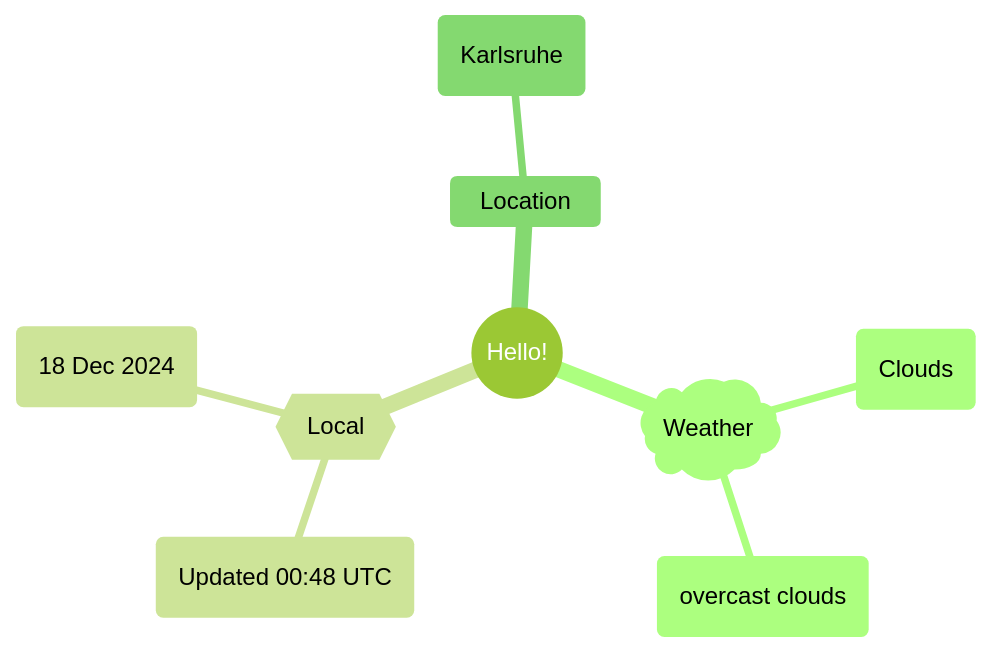
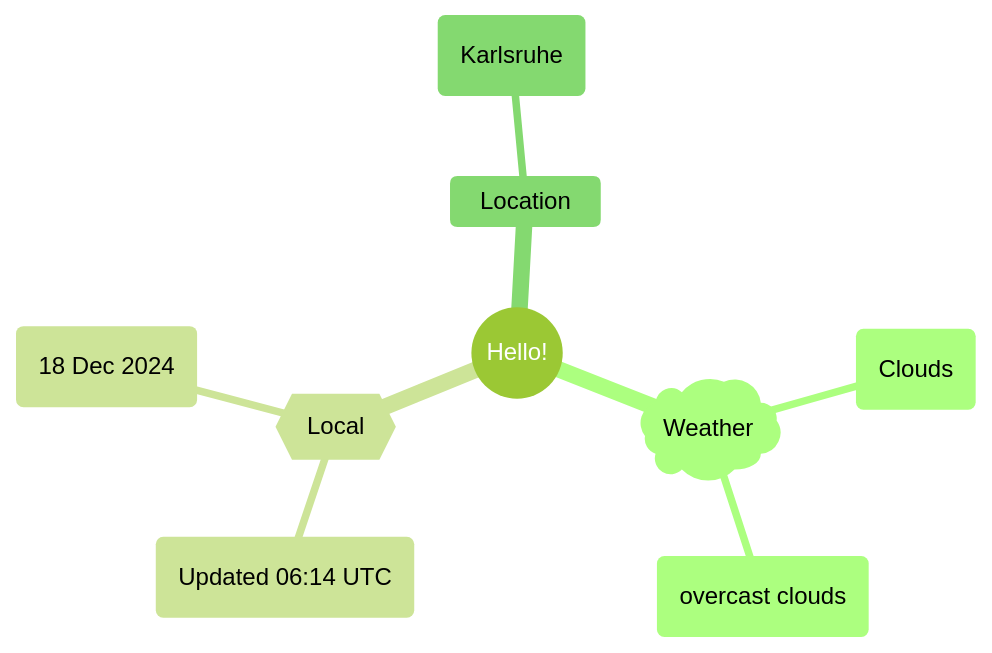
The first of 2 diagrams in README.md (Xosrov/Xosrov), drawn with Mermaid (forest theme) before and after one commit.

Commit message:
[bot] updated images

````diff
--- a/README.md
+++ b/README.md
@@ -3,12 +3,12 @@
 ```mermaid
 mindmap
   root((Hello!))
     )Weather(
         (Clouds)
         (overcast clouds)
     {{Local}}
-        (Updated 00:48 UTC)
+        (Updated 06:14 UTC)
         (18 Dec 2024)
     Location
         (Karlsruhe)
 ```
````
